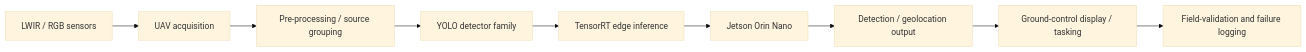
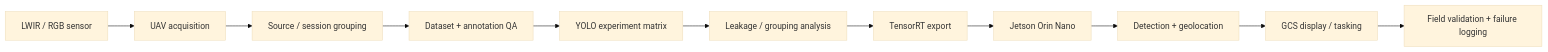
One commit to razaumair2203-ux/Pub-JobLooper changed the diagram in portfolio/tir-fod-edge-ai.md. Above: the diagram before and after it, drawn with Mermaid (base theme). The commit also changed other lines of this file, not shown here.

Commit message:
Deepen TIR-FOD case study with benchmark, generalization and edge telemetry

````diff
--- a/portfolio/tir-fod-edge-ai.md
+++ b/portfolio/tir-fod-edge-ai.md
@@ -28,11 +40,13 @@
 ```mermaid
 flowchart LR
-    A[LWIR / RGB sensors] --> B[UAV acquisition]
-    B --> C[Pre-processing / source grouping]
-    C --> D[YOLO detector family]
-    D --> E[TensorRT edge inference]
-    E --> F[Jetson Orin Nano]
-    F --> G[Detection / geolocation output]
-    G --> H[Ground-control display / tasking]
-    H --> I[Field-validation and failure logging]
+    A[LWIR / RGB sensor] --> B[UAV acquisition]
+    B --> C[Source / session grouping]
+    C --> D[Dataset + annotation QA]
+    D --> E[YOLO experiment matrix]
+    E --> F[Leakage / grouping analysis]
+    F --> G[TensorRT export]
+    G --> H[Jetson Orin Nano]
+    H --> I[Detection + geolocation]
+    I --> J[GCS display / tasking]
+    J --> K[Field validation + failure logging]
 ```
````
